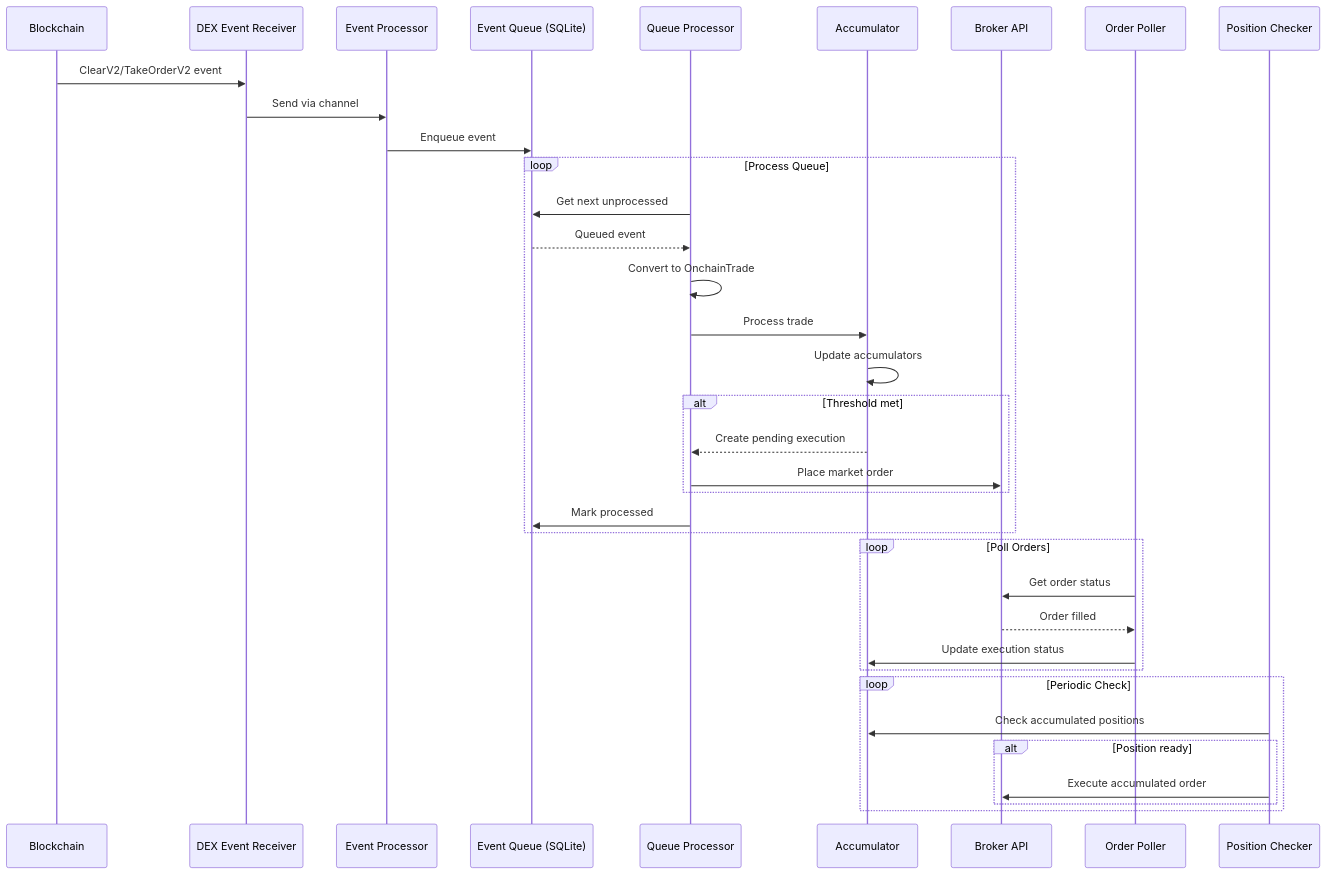
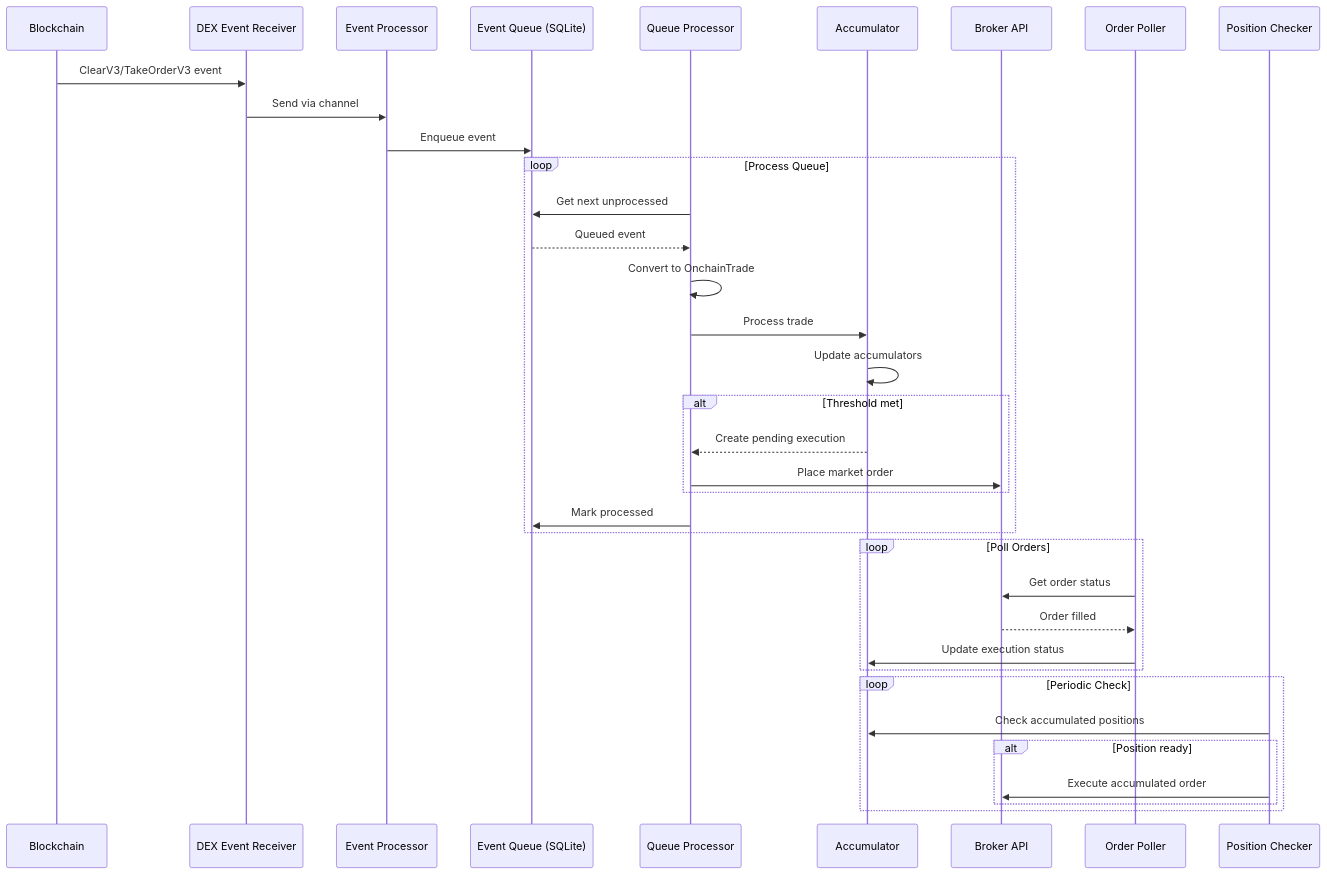
One commit to ST0x-Technology/st0x.liquidity changed the second of 3 diagrams in SPEC.md. Above: the diagram before and after it, drawn with Mermaid. The commit also changed 4 other files, not shown here.

````diff
--- a/SPEC.md
+++ b/SPEC.md
@@ -1104,42 +1104,42 @@
 ```mermaid
 sequenceDiagram
     participant BC as Blockchain
     participant DER as DEX Event Receiver
     participant EP as Event Processor
     participant Q as Event Queue (SQLite)
     participant QP as Queue Processor
     participant Acc as Accumulator
     participant Broker as Broker API
     participant OP as Order Poller
     participant PC as Position Checker
 
-    BC->>DER: ClearV2/TakeOrderV2 event
+    BC->>DER: ClearV3/TakeOrderV3 event
     DER->>EP: Send via channel
     EP->>Q: Enqueue event
 
     loop Process Queue
         QP->>Q: Get next unprocessed
         Q-->>QP: Queued event
         QP->>QP: Convert to OnchainTrade
         QP->>Acc: Process trade
         Acc->>Acc: Update accumulators
         alt Threshold met
             Acc-->>QP: Create pending execution
             QP->>Broker: Place market order
         end
         QP->>Q: Mark processed
     end
 
     loop Poll Orders
         OP->>Broker: Get order status
         Broker-->>OP: Order filled
         OP->>Acc: Update execution status
     end
 
     loop Periodic Check
         PC->>Acc: Check accumulated positions
         alt Position ready
             PC->>Broker: Execute accumulated order
         end
     end
 ```
````
